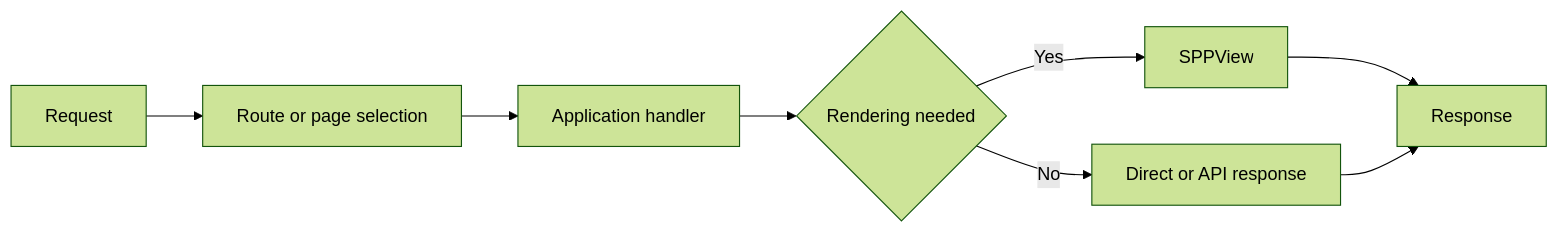
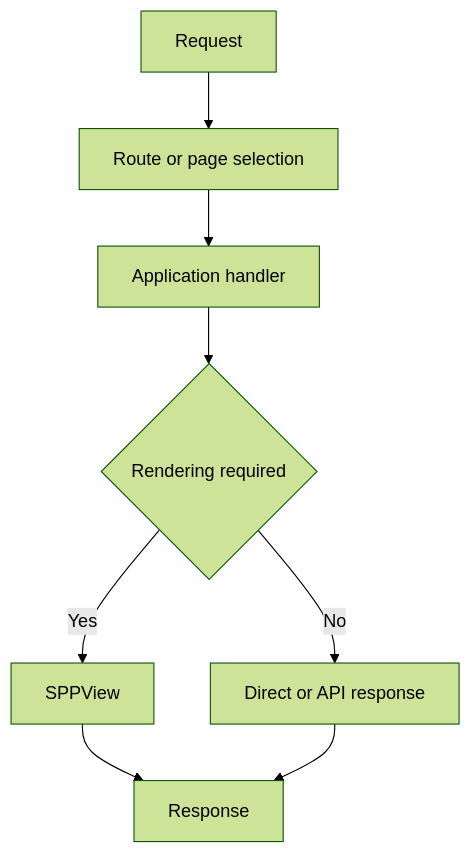
One commit to shuklasp/spp changed the fifth of 7 diagrams in documentation/handbook/15-routing-and-request-dispatch.md. Above: the diagram before and after it, drawn with Mermaid (forest theme). The commit also changed other lines of this file, not shown here.

````diff
--- a/documentation/handbook/15-routing-and-request-dispatch.md
+++ b/documentation/handbook/15-routing-and-request-dispatch.md
@@ -223,10 +291,10 @@
 ```mermaid
-flowchart LR
+flowchart TD
     A[Request] --> B[Route or page selection]
     B --> C[Application handler]
-    C --> D{Rendering needed}
+    C --> D{Rendering required}
     D -- Yes --> E[SPPView]
     D -- No --> F[Direct or API response]
     E --> G[Response]
     F --> G
 ```
````
